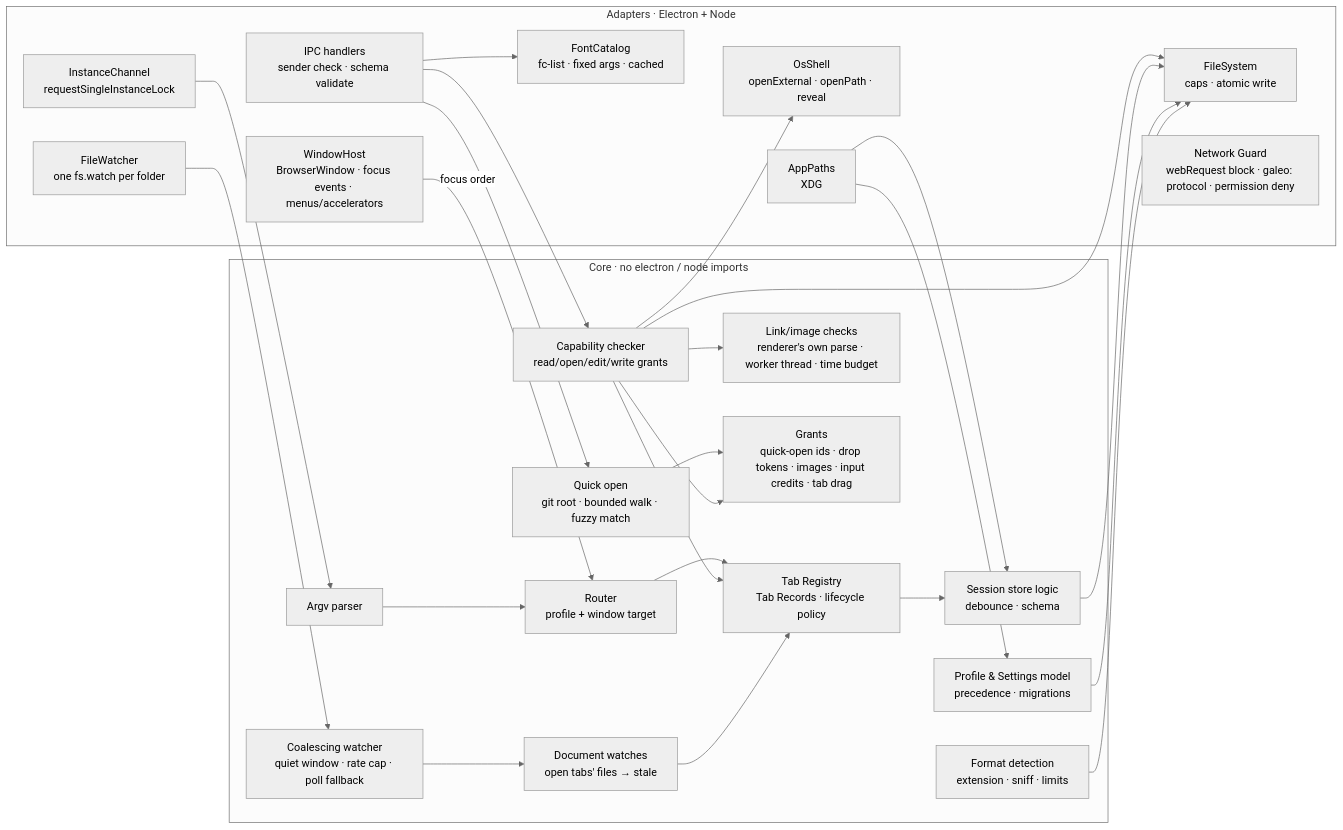
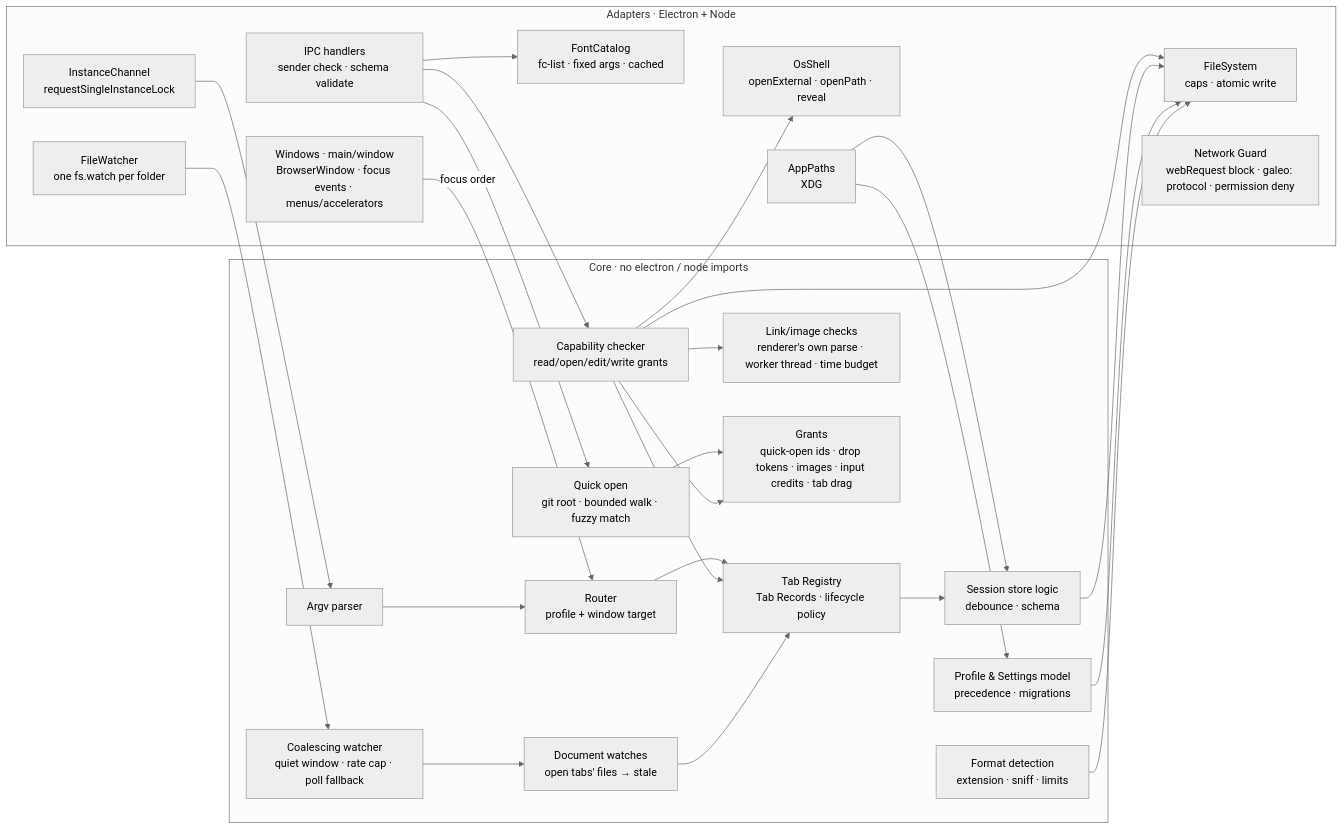
The third of 8 diagrams in docs/ARCHITECTURE.md (SWEStash/galeo), drawn with Mermaid (neutral theme) before and after one commit. The commit also changed other lines of this file and 2 other files, not shown here.

First line of the commit message:
docs(adr): keep window code in main, with no WindowHost port (ADR-025)

````diff
--- a/docs/ARCHITECTURE.md
+++ b/docs/ARCHITECTURE.md
@@ -143,41 +144,41 @@
 ```mermaid
 flowchart LR
   subgraph core[Core · no electron / node imports]
     argv[Argv parser]
     routing[Router<br/>profile + window target]
     reg[Tab Registry<br/>Tab Records · lifecycle policy]
     prof[Profile & Settings model<br/>precedence · migrations]
     sess[Session store logic<br/>debounce · schema]
     caps[Capability checker<br/>read/open/edit/write grants]
     links[Link/image checks<br/>renderer's own parse · worker thread · time budget]
     fmt[Format detection<br/>extension · sniff · limits]
     coal[Coalescing watcher<br/>quiet window · rate cap · poll fallback]
     dw[Document watches<br/>open tabs' files → stale]
     qoc[Quick open<br/>git root · bounded walk · fuzzy match]
     grants[Grants<br/>quick-open ids · drop tokens · images · input credits · tab drag]
   end
   subgraph adapt[Adapters · Electron + Node]
     inst[InstanceChannel<br/>requestSingleInstanceLock]
-    win[WindowHost<br/>BrowserWindow · focus events · menus/accelerators]
+    win[Windows · main/window<br/>BrowserWindow · focus events · menus/accelerators]
     fsys[FileSystem<br/>caps · atomic write]
     watch[FileWatcher<br/>one fs.watch per folder]
     shellp[OsShell<br/>openExternal · openPath · reveal]
     fonts[FontCatalog<br/>fc-list · fixed args · cached]
     paths[AppPaths<br/>XDG]
     ipc[IPC handlers<br/>sender check · schema validate]
     netg[Network Guard<br/>webRequest block · galeo: protocol · permission deny]
   end
   inst --> argv --> routing --> reg
   win -- focus order --> routing
   ipc --> caps
   caps --> links & reg
   caps --> fsys & shellp
   reg --> sess --> fsys
   prof --> fsys
   fmt --> fsys
   watch --> coal --> dw --> reg
   ipc --> qoc --> grants
   ipc --> fonts
   caps --> grants
   paths --> sess & prof
 ```
````
